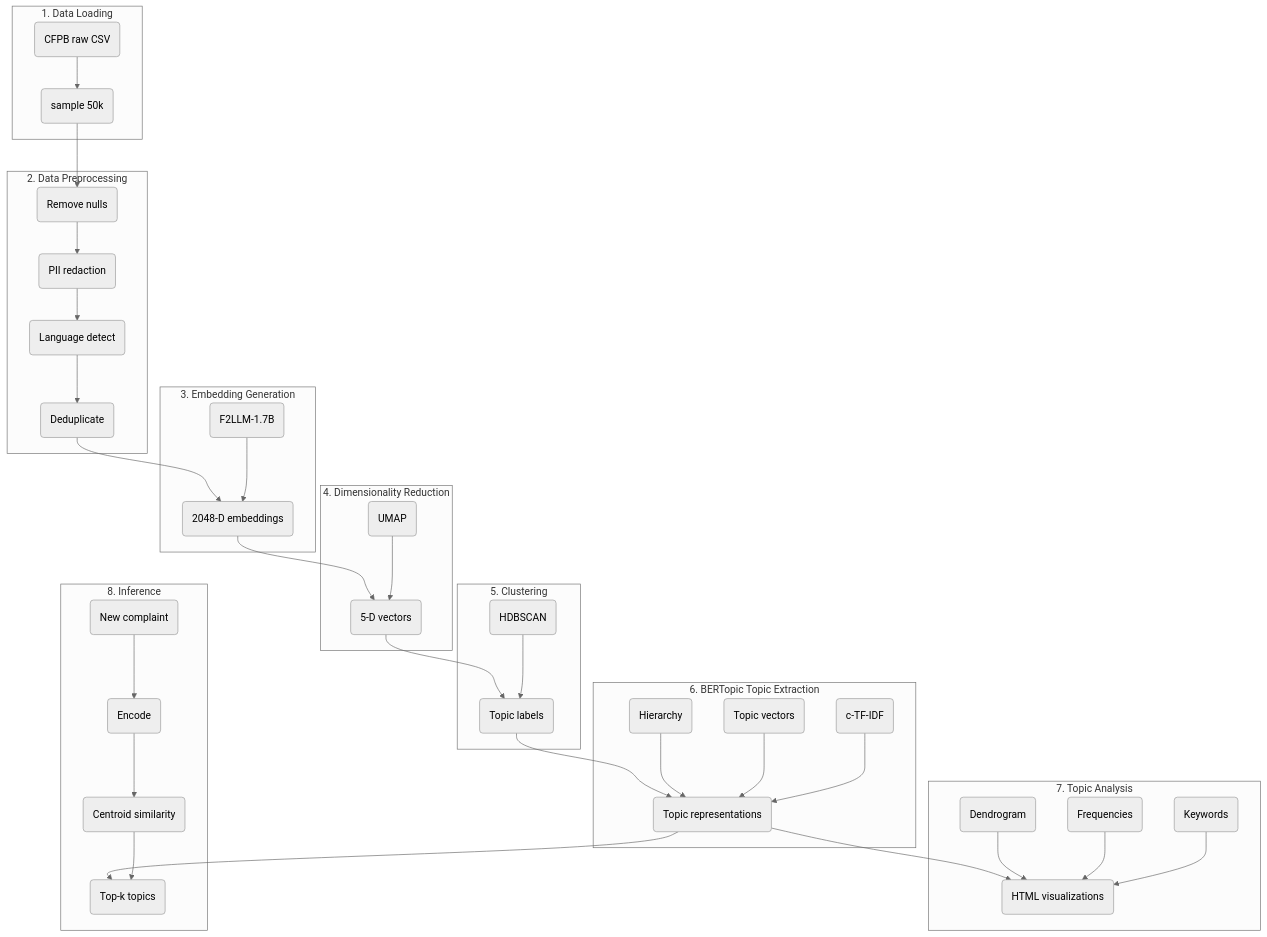
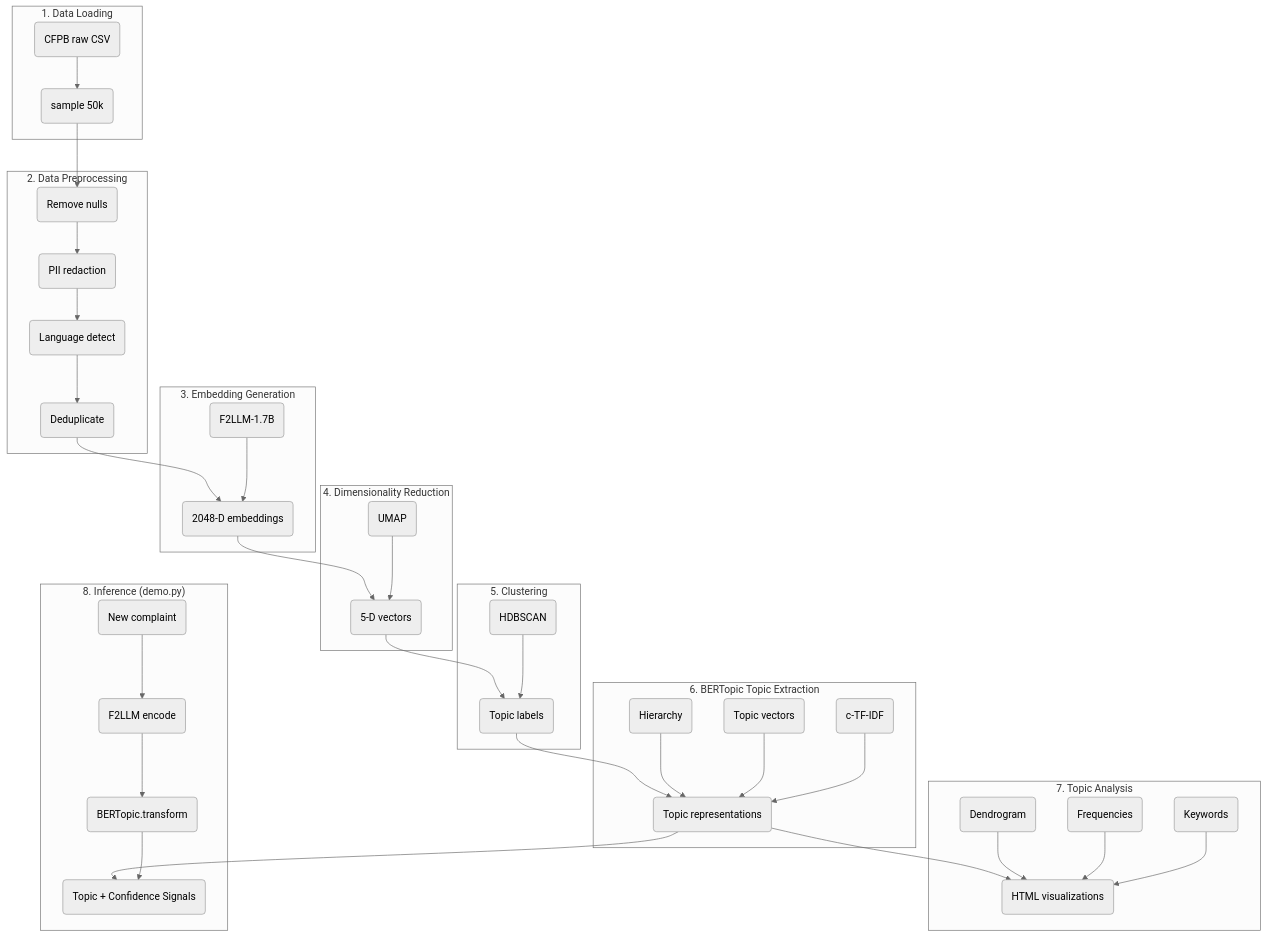
One commit to abdelrahmanashrafomar-bit/bertopic-project changed the diagram in README.md. Above: the diagram before and after it, drawn with Mermaid (neutral theme). The commit also changed other lines of this file and 1 other file, not shown here.

Commit message:
Update inference pipeline

````diff
--- a/README.md
+++ b/README.md
@@ -25,39 +25,39 @@
 ```mermaid
 flowchart TB
     subgraph data["1. Data Loading"]
         D1("CFPB raw CSV") --> D2("sample 50k")
     end
     subgraph clean["2. Data Preprocessing"]
         C1("Remove nulls") --> C2("PII redaction") --> C3("Language detect") --> C4("Deduplicate")
     end
     subgraph embed["3. Embedding Generation"]
         E1("F2LLM-1.7B") --> E2("2048-D embeddings")
     end
     subgraph umap["4. Dimensionality Reduction"]
         U1("UMAP") --> U2("5-D vectors")
     end
     subgraph hdbscan["5. Clustering"]
         H1("HDBSCAN") --> H2("Topic labels")
     end
     subgraph bertopic["6. BERTopic Topic Extraction"]
         T1("c-TF-IDF") --> T4("Topic representations")
         T2("Topic vectors") --> T4
         T3("Hierarchy") --> T4
     end
     subgraph analysis["7. Topic Analysis"]
         A1("Keywords") --> A5("HTML visualizations")
         A2("Frequencies") --> A5
         A3("Dendrogram") --> A5
     end
-    subgraph inference["8. Inference"]
-        I1("New complaint") --> I2("Encode") --> I3("Centroid similarity") --> I4("Top-k topics")
+    subgraph inference["8. Inference (demo.py)"]
+        I1("New complaint") --> I2("F2LLM encode") --> I3("BERTopic.transform") --> I4("Topic + Confidence Signals")
     end
 
     D2 --> C1
     C4 --> E2
     E2 --> U2
     U2 --> H2
     H2 --> T4
     T4 --> A5
     T4 --> I4
 ```
````
